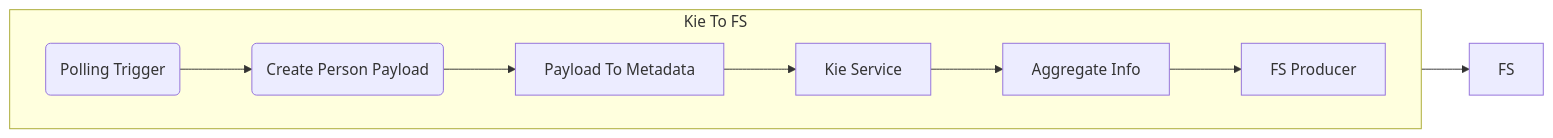
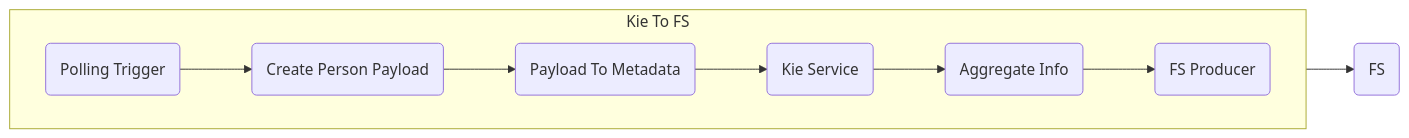
The diagram in README.md (interlok-testing/testing_kie), drawn with Mermaid before and after one commit.

Commit message:
Update diagram

````diff
--- a/README.md
+++ b/README.md
@@ -14,12 +14,12 @@
 ```mermaid
 graph LR
   subgraph Kie To FS
     direction LR
     PT(Polling Trigger) --> CPP(Create Person Payload)
-    CPP --> PTM[Payload To Metadata]
-    PTM --> KS[Kie Service]
-    KS --> AI[Aggregate Info]
-    AI --> FSP[FS Producer]
+    CPP --> PTM(Payload To Metadata)
+    PTM --> KS(Kie Service)
+    KS --> AI(Aggregate Info)
+    AI --> FSP(FS Producer)
   end
-  FSP --> FS[FS]
+  FSP --> FS(FS)
 ```
````
